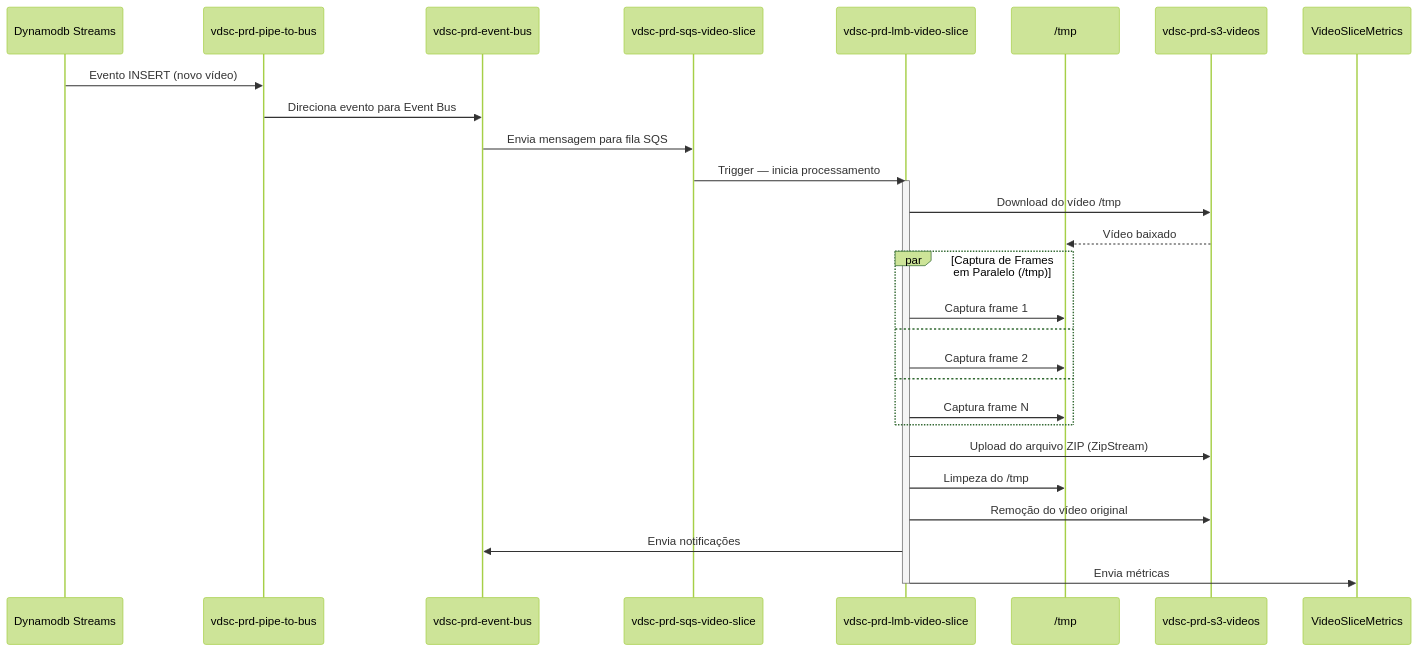
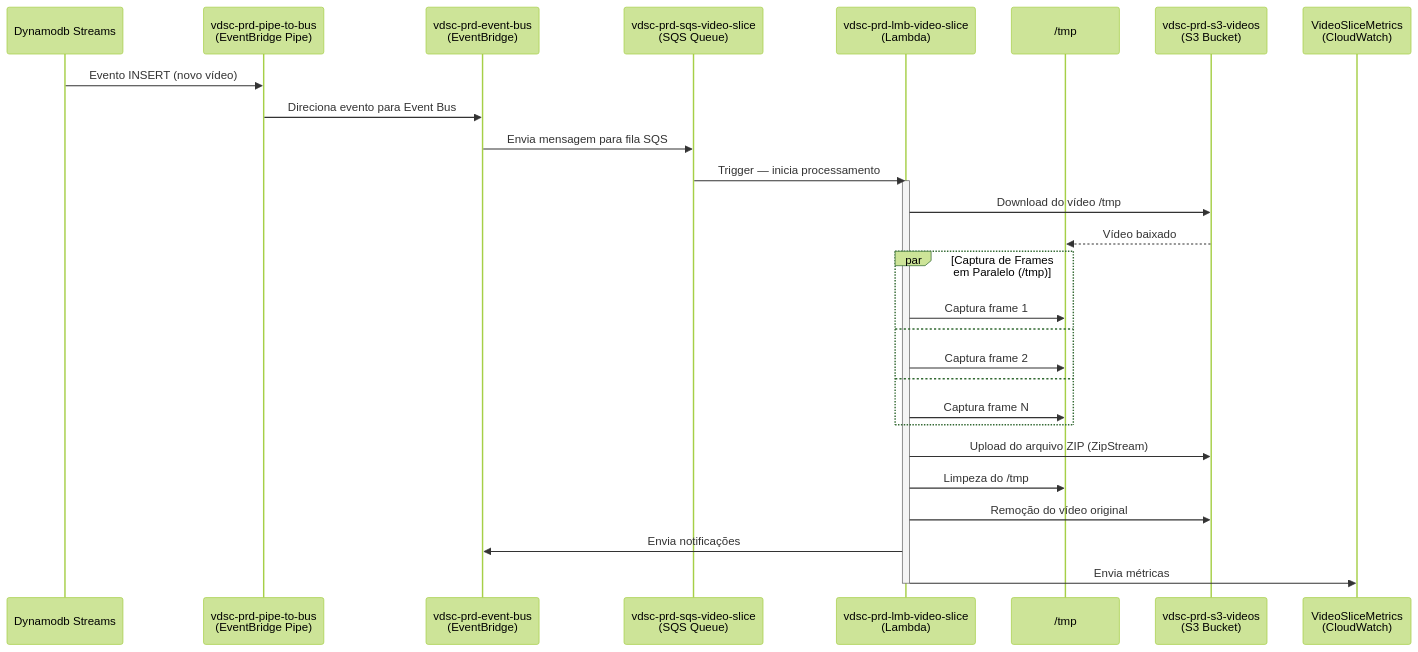
The first of 2 diagrams in README.md (11soat-hackathon-videoslice/ms-video-slice), drawn with Mermaid (forest theme) before and after one commit. The commit also changed other lines of this file, not shown here.

````diff
--- a/README.md
+++ b/README.md
@@ -30,37 +42,37 @@
 ```mermaid
 sequenceDiagram
     participant DDB as Dynamodb Streams
-    participant PIPE as vdsc-prd-pipe-to-bus
-    participant BUS as vdsc-prd-event-bus
-    participant SQS as vdsc-prd-sqs-video-slice
-    participant LMB as vdsc-prd-lmb-video-slice
+    participant PIPE as vdsc-prd-pipe-to-bus<br/>(EventBridge Pipe)
+    participant BUS as vdsc-prd-event-bus<br/>(EventBridge)
+    participant SQS as vdsc-prd-sqs-video-slice<br/>(SQS Queue)
+    participant LMB as vdsc-prd-lmb-video-slice<br/>(Lambda)
     participant TMP as /tmp
-    participant S3 as vdsc-prd-s3-videos
-    participant CW as VideoSliceMetrics
+    participant S3 as vdsc-prd-s3-videos<br/>(S3 Bucket)
+    participant CW as VideoSliceMetrics<br/>(CloudWatch)
 
     DDB->>PIPE: Evento INSERT (novo vídeo)
     PIPE->>BUS: Direciona evento para Event Bus
     BUS->>SQS: Envia mensagem para fila SQS
     SQS->>LMB: Trigger — inicia processamento
 
     activate LMB
     LMB->>S3: Download do vídeo /tmp
     S3-->>TMP: Vídeo baixado
     
 
      par Captura de Frames em Paralelo (/tmp)
         LMB->>TMP: Captura frame 1
     and
         LMB->>TMP: Captura frame 2
     and
         LMB->>TMP: Captura frame N
     end
 
     LMB->>S3: Upload do arquivo ZIP (ZipStream)
     LMB->>TMP: Limpeza do /tmp
     LMB->>S3: Remoção do vídeo original
 
     LMB->>BUS: Envia notificações
     LMB->>CW: Envia métricas
     deactivate LMB
 ```
````
